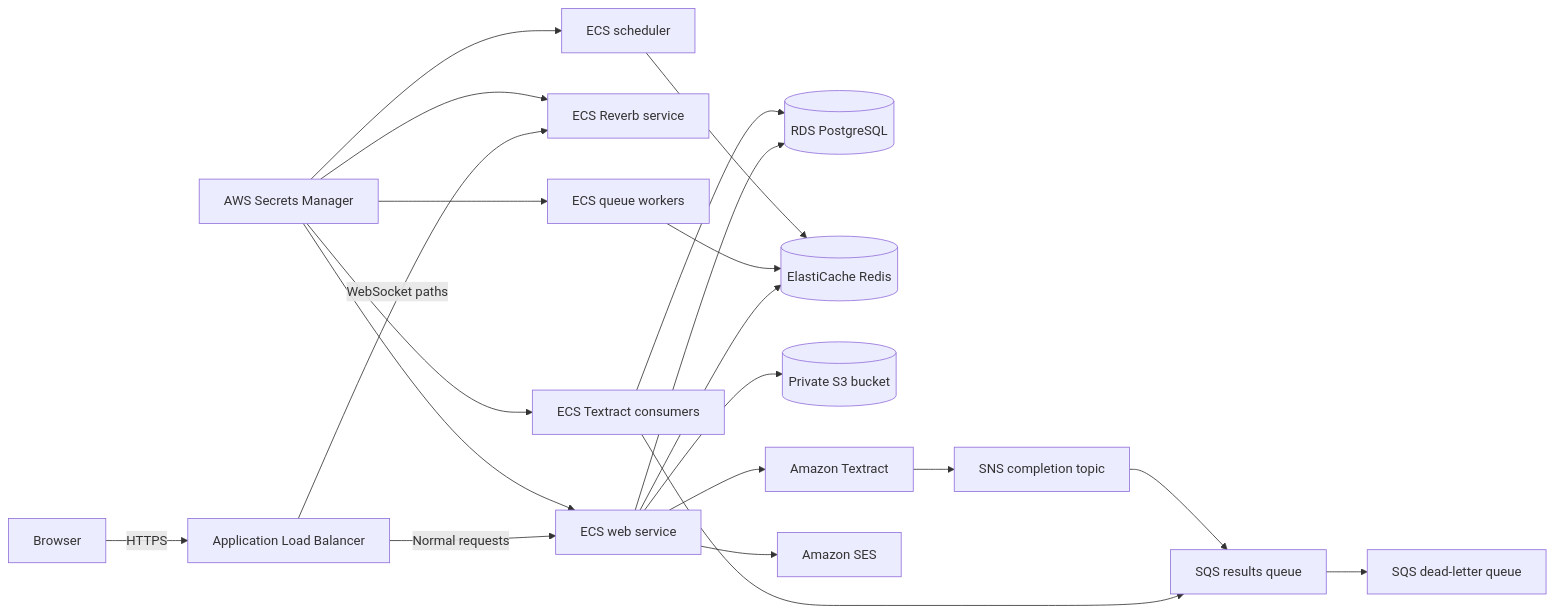
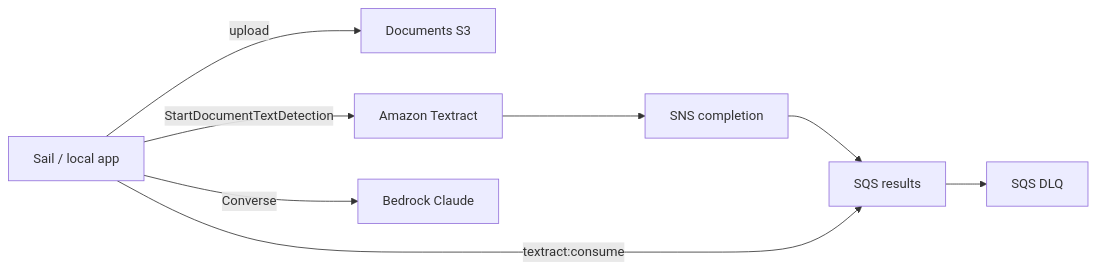
One commit to NielsvanHoof/qompose changed the diagram in apps/platform/infra/README.md. Above: the diagram before and after it, drawn with Mermaid. The commit also changed other lines of this file and 71 other files, not shown here.

````diff
--- a/apps/platform/infra/README.md
+++ b/apps/platform/infra/README.md
@@ -27,26 +13,10 @@
 ```mermaid
 flowchart LR
-    Browser[Browser] -->|HTTPS| ALB[Application Load Balancer]
-    ALB -->|Normal requests| Web[ECS web service]
-    ALB -->|WebSocket paths| Reverb[ECS Reverb service]
-
-    Web --> PostgreSQL[(RDS PostgreSQL)]
-    Web --> Redis[(ElastiCache Redis)]
-    Web --> S3[(Private S3 bucket)]
-    Web --> Textract[Amazon Textract]
-    Web --> SES[Amazon SES]
-
-    Queue[ECS queue workers] --> Redis
-    Scheduler[ECS scheduler] --> Redis
-    Consumer[ECS Textract consumers] --> Results[SQS results queue]
-    Textract --> Topic[SNS completion topic]
-    Topic --> Results
-    Consumer --> PostgreSQL
-    Results --> DLQ[SQS dead-letter queue]
-
-    Secrets[AWS Secrets Manager] --> Web
-    Secrets --> Queue
-    Secrets --> Reverb
-    Secrets --> Scheduler
-    Secrets --> Consumer
+  Sail[Sail / local app] -->|upload| S3[Documents S3]
+  Sail -->|StartDocumentTextDetection| Textract[Amazon Textract]
+  Textract --> Topic[SNS completion]
+  Topic --> Queue[SQS results]
+  Sail -->|textract:consume| Queue
+  Sail -->|Converse| Bedrock[Bedrock Claude]
+  Queue --> DLQ[SQS DLQ]
 ```
````
